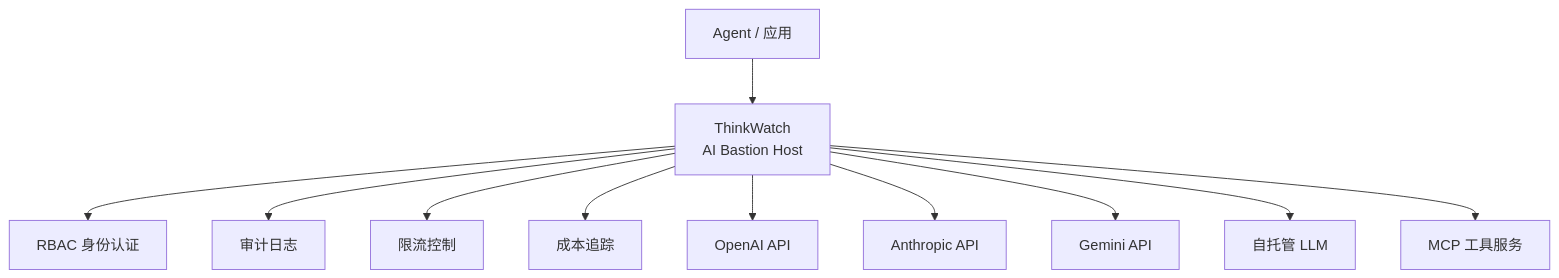
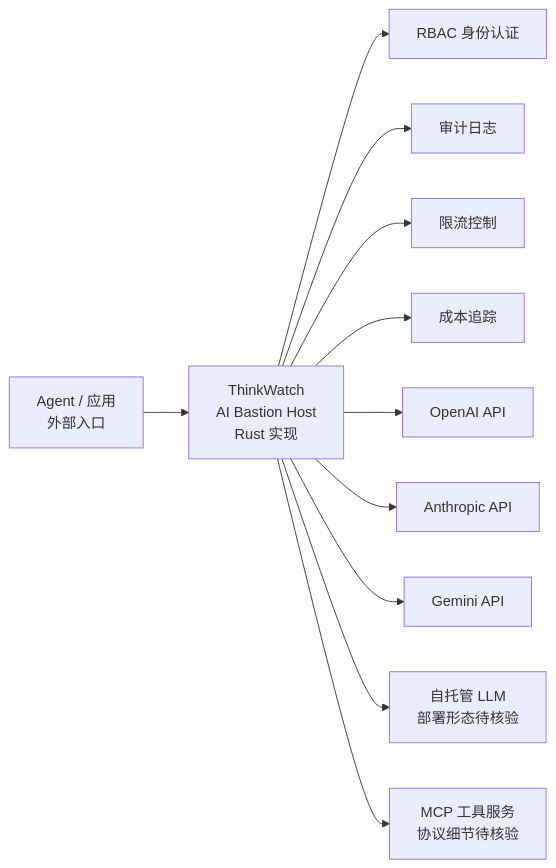
Before and after one commit to aiutil/github-researcher: the diagram in projects/thinkwatch.md, drawn with Mermaid. The commit also changed other lines of this file and 939 other files, not shown here.

Commit message:
feat: add architect briefs and Mermaid project maps

````diff
--- a/projects/thinkwatch.md
+++ b/projects/thinkwatch.md
@@ -40,13 +53,24 @@
 ```mermaid
-graph TD
-    A[Agent / 应用] --> B[ThinkWatch<br/>AI Bastion Host]
-    B --> C[RBAC 身份认证]
-    B --> D[审计日志]
-    B --> E[限流控制]
-    B --> F[成本追踪]
-    B --> G[OpenAI API]
-    B --> H[Anthropic API]
-    B --> I[Gemini API]
-    B --> J[自托管 LLM]
-    B --> K[MCP 工具服务]
+flowchart LR
+  A[Agent / 应用<br/>外部入口]
+  B[ThinkWatch<br/>AI Bastion Host<br/>Rust 实现]
+  C[RBAC 身份认证]
+  D[审计日志]
+  E[限流控制]
+  F[成本追踪]
+  G[OpenAI API]
+  H[Anthropic API]
+  I[Gemini API]
+  J[自托管 LLM<br/>部署形态待核验]
+  K[MCP 工具服务<br/>协议细节待核验]
+  A --> B
+  B --> C
+  B --> D
+  B --> E
+  B --> F
+  B --> G
+  B --> H
+  B --> I
+  B --> J
+  B --> K
 ```
````
